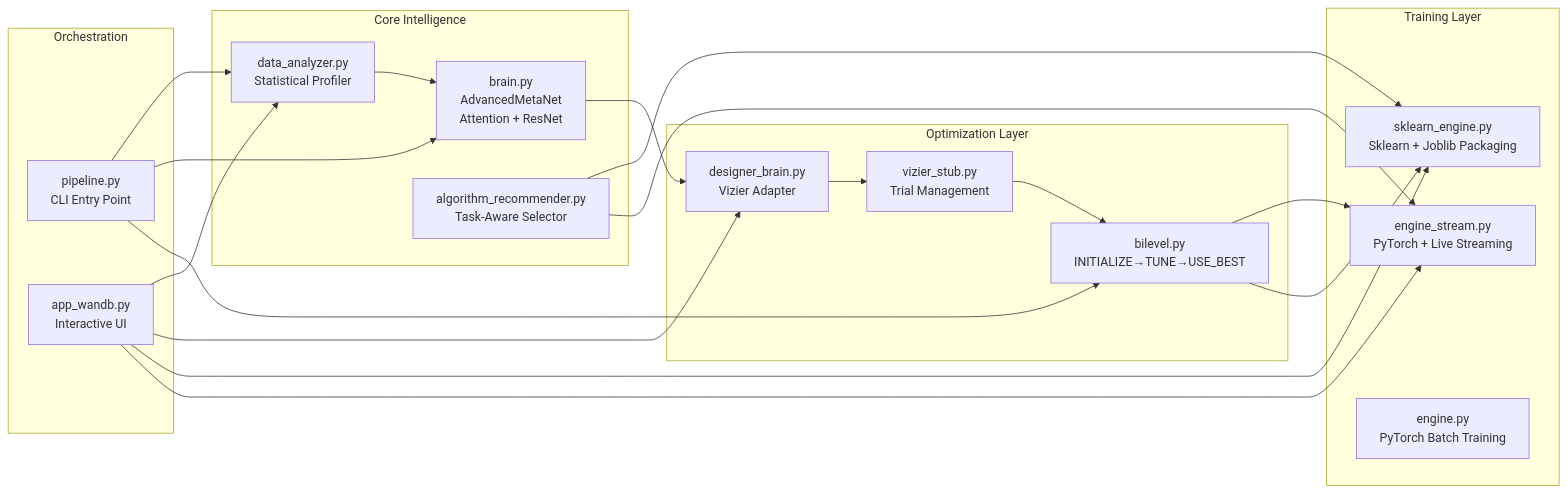
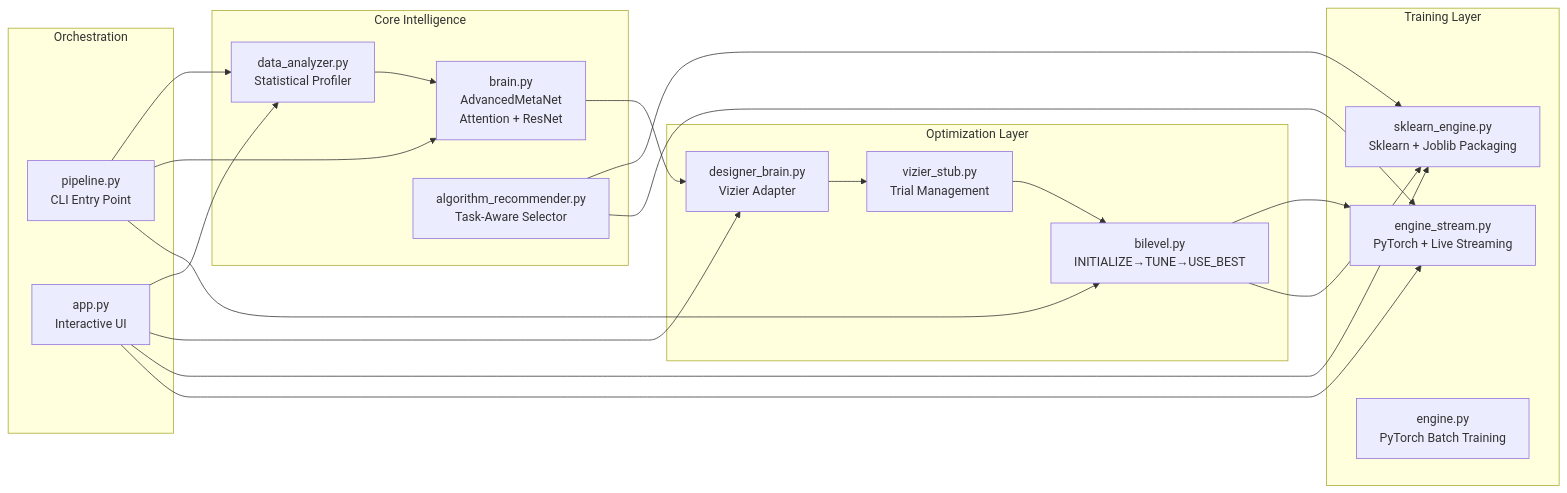
One commit to MuzammilCk/MetaTune changed the third of 3 diagrams in README.md. Above: the diagram before and after it, drawn with Mermaid. The commit also changed other lines of this file and 4 other files, not shown here.

````diff
--- a/README.md
+++ b/README.md
@@ -161,41 +161,41 @@
 ```mermaid
 graph LR
     subgraph CORE["Core Intelligence"]
         B[brain.py<br/>AdvancedMetaNet<br/>Attention + ResNet]
         DA[data_analyzer.py<br/>Statistical Profiler]
         AR[algorithm_recommender.py<br/>Task-Aware Selector]
     end
 
     subgraph OPTIMIZATION["Optimization Layer"]
         BL[bilevel.py<br/>INITIALIZE→TUNE→USE_BEST]
         VZ[vizier_stub.py<br/>Trial Management]
         DES[designer_brain.py<br/>Vizier Adapter]
     end
 
     subgraph TRAINING["Training Layer"]
         ES[engine_stream.py<br/>PyTorch + Live Streaming]
         SK[sklearn_engine.py<br/>Sklearn + Joblib Packaging]
         EN[engine.py<br/>PyTorch Batch Training]
     end
 
     subgraph PIPELINE["Orchestration"]
         PL[pipeline.py<br/>CLI Entry Point]
-        APP[app_wandb.py<br/>Interactive UI]
+        APP[app.py<br/>Interactive UI]
     end
 
     DA --> B
     B --> DES
     DES --> VZ
     AR --> SK
     AR --> ES
     VZ --> BL
     BL --> ES
     BL --> SK
     PL --> DA
     PL --> B
     PL --> BL
     APP --> DA
     APP --> DES
     APP --> SK
     APP --> ES
 ```
````
